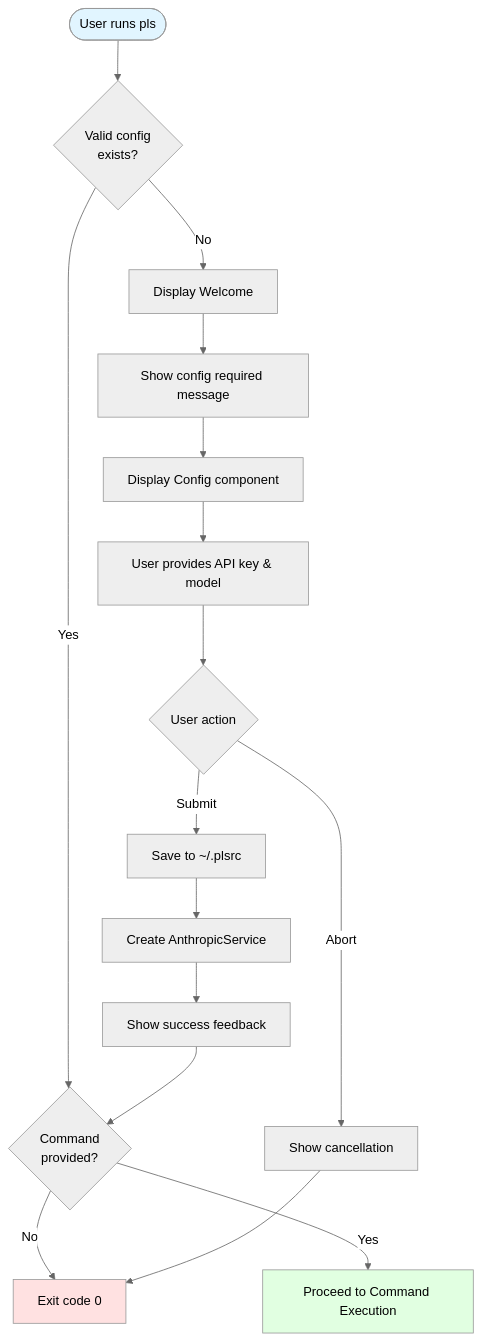
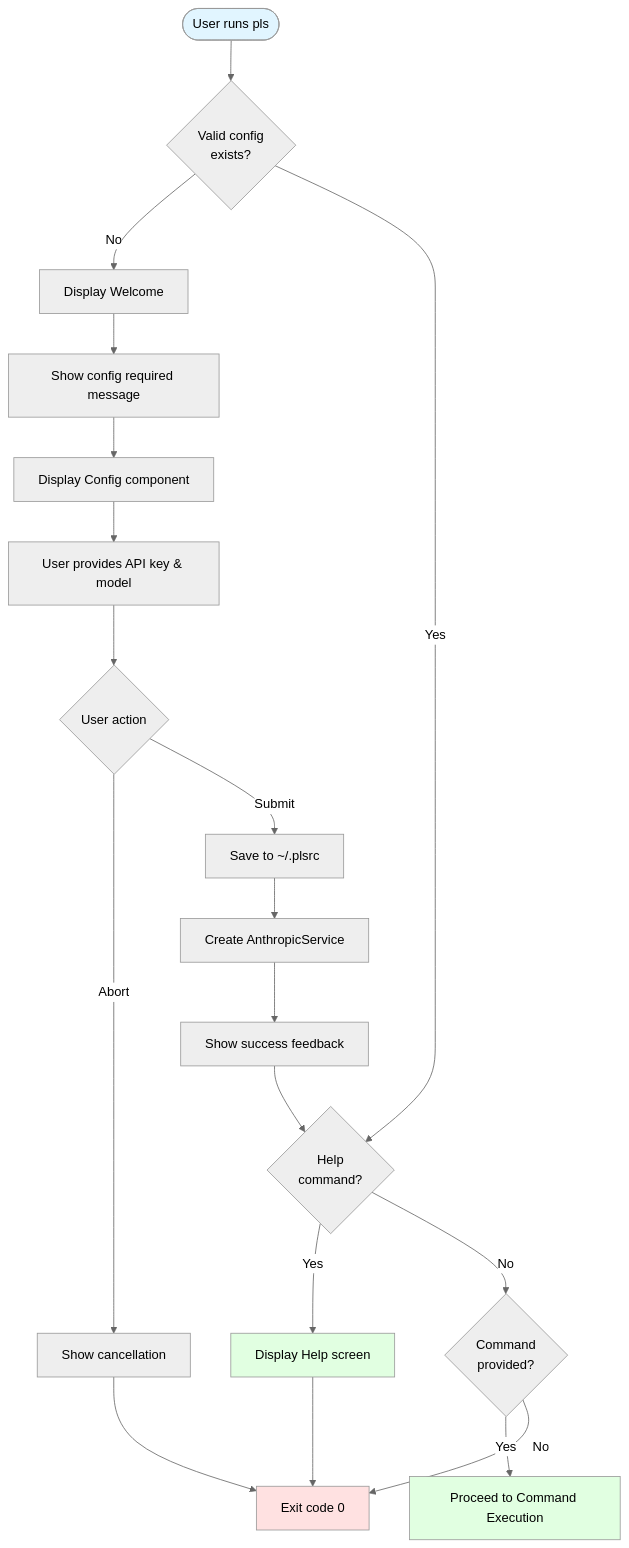
The first of 20 diagrams in FLOWS.md (aswitalski/pls), drawn with Mermaid (neutral theme) before and after one commit. The commit also changed other lines of this file and 1 other file, not shown here.

Commit message:
Update documentation guidelines for help screen

````diff
--- a/FLOWS.md
+++ b/FLOWS.md
@@ -42,27 +44,32 @@
 ```mermaid
 flowchart TD
     Start([User runs pls]) --> CheckConfig{Valid config<br/>exists?}
     CheckConfig -->|No| ShowWelcome[Display Welcome]
-    CheckConfig -->|Yes| HasCommand{Command<br/>provided?}
+    CheckConfig -->|Yes| IsHelp{Help<br/>command?}
 
     ShowWelcome --> ShowMessage[Show config required message]
     ShowMessage --> ConfigComp[Display Config component]
     ConfigComp --> UserInput[User provides API key & model]
     UserInput --> UserAction{User action}
 
     UserAction -->|Abort| AbortMsg[Show cancellation]
     UserAction -->|Submit| SaveConfig[Save to ~/.plsrc]
 
     SaveConfig --> CreateService[Create AnthropicService]
     CreateService --> ShowSuccess[Show success feedback]
-    ShowSuccess --> HasCommand
+    ShowSuccess --> IsHelp
 
+    IsHelp -->|Yes| ShowHelp[Display Help screen]
+    IsHelp -->|No| HasCommand{Command<br/>provided?}
+
+    ShowHelp --> ExitApp
     HasCommand -->|Yes| ExecCmd[Proceed to Command Execution]
     HasCommand -->|No| ExitApp[Exit code 0]
 
     AbortMsg --> ExitApp
 
     style Start fill:#e1f5ff
     style ExitApp fill:#ffe1e1
     style ExecCmd fill:#e1ffe1
+    style ShowHelp fill:#e1ffe1
 ```
````
